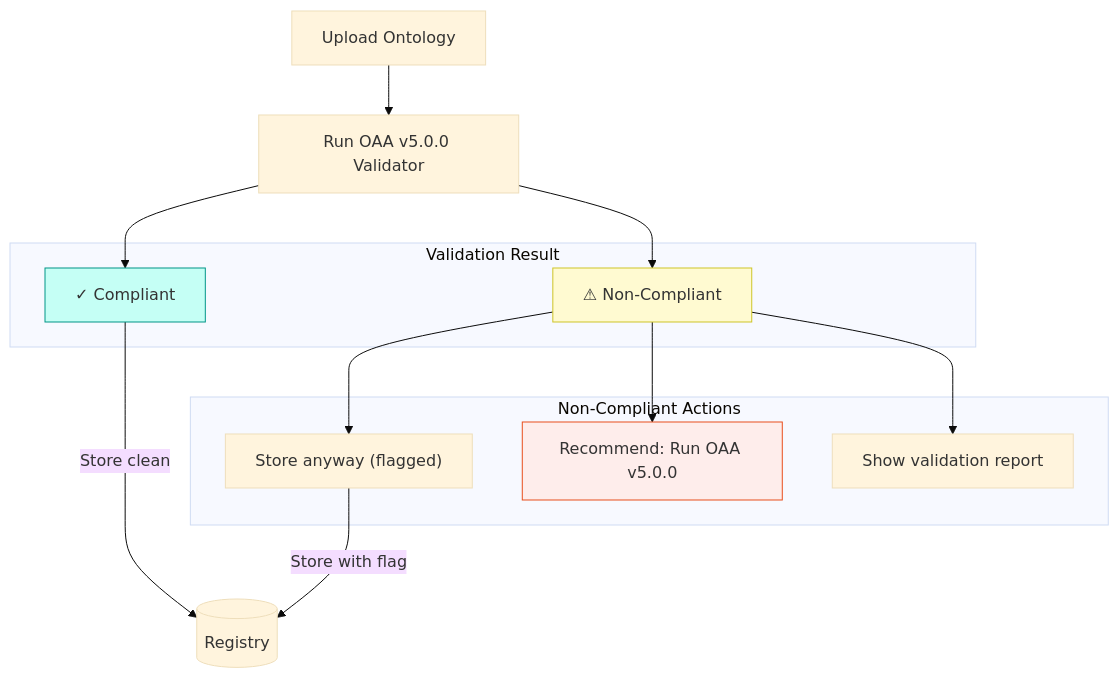
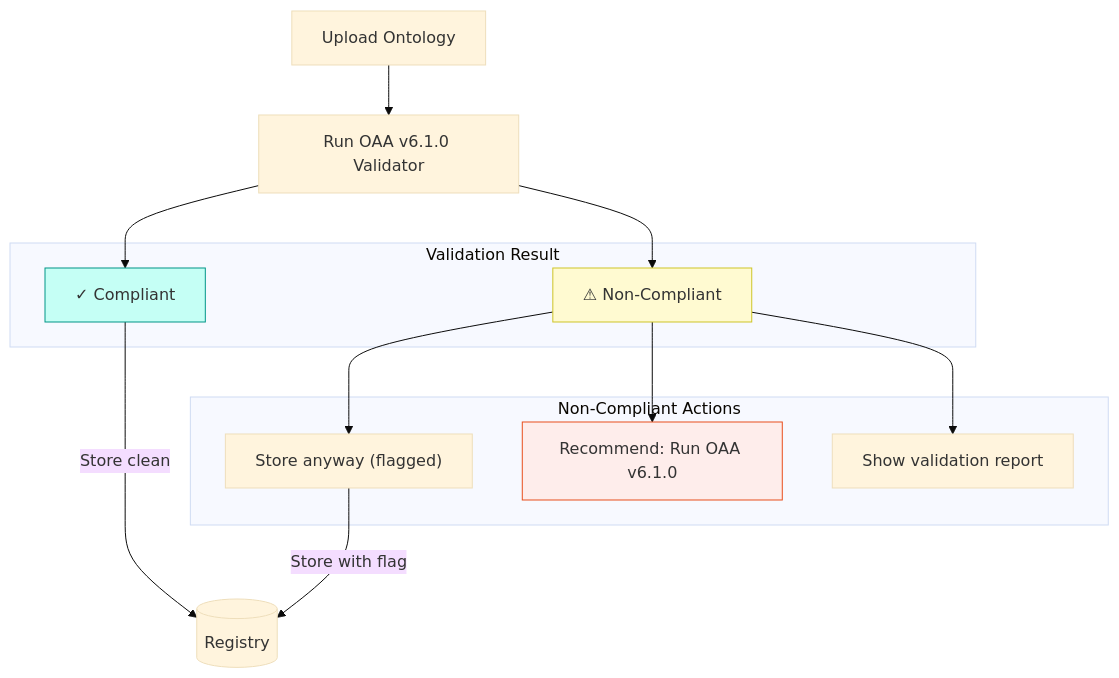
Before and after one commit to ajrmooreuk/Azlan-EA-AAA: the ninth of 11 diagrams in PBS/TOOLS/ontology-visualiser/HLD-VISUALISER-ENHANCED-v1.0.0.md, drawn with Mermaid (base theme). The commit also changed other lines of this file and 4 other files, not shown here.

````diff
--- a/PBS/TOOLS/ontology-visualiser/HLD-VISUALISER-ENHANCED-v1.0.0.md
+++ b/PBS/TOOLS/ontology-visualiser/HLD-VISUALISER-ENHANCED-v1.0.0.md
@@ -592,29 +592,29 @@
 ```mermaid
 flowchart TB
     UPLOAD["Upload Ontology"]
-    VALIDATE["Run OAA v5.0.0 Validator"]
+    VALIDATE["Run OAA v6.1.0 Validator"]
 
     subgraph RESULT["Validation Result"]
         PASS["✓ Compliant"]
         FAIL["⚠ Non-Compliant"]
     end
 
     subgraph ACTIONS["Non-Compliant Actions"]
         STORE["Store anyway (flagged)"]
-        RECOMMEND["Recommend: Run OAA v5.0.0"]
+        RECOMMEND["Recommend: Run OAA v6.1.0"]
         REPORT["Show validation report"]
     end
 
     UPLOAD --> VALIDATE
     VALIDATE --> PASS
     VALIDATE --> FAIL
     FAIL --> STORE
     FAIL --> RECOMMEND
     FAIL --> REPORT
     PASS -->|"Store clean"| DB[(Registry)]
     STORE -->|"Store with flag"| DB
 
     style PASS fill:#c5fff5,stroke:#019587
     style FAIL fill:#fffad1,stroke:#cec528
     style RECOMMEND fill:#feedeb,stroke:#e84e1c
 ```
````
